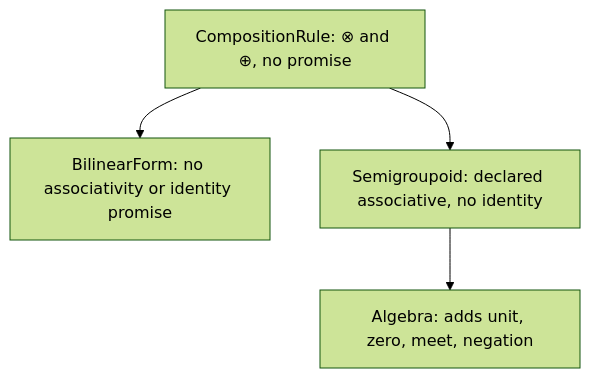
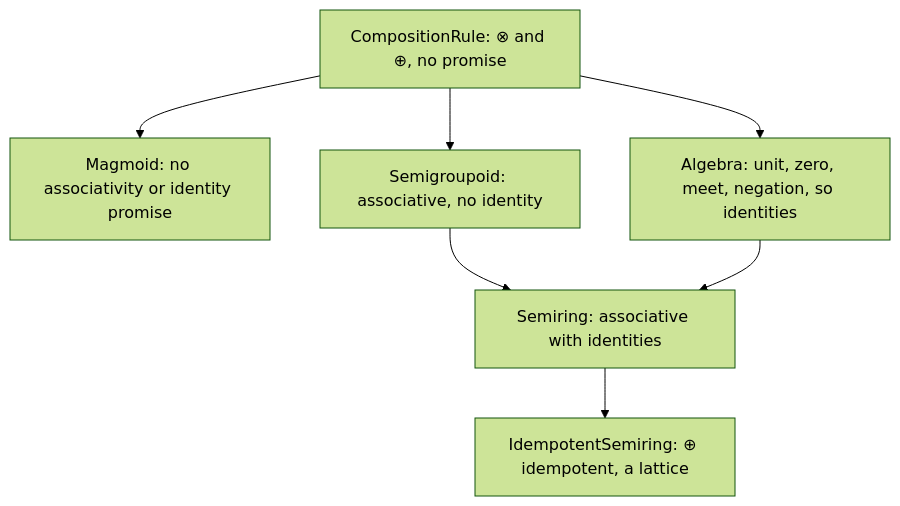
One commit to quivers-dev/quivers changed the diagram in docs/guides/transformations.md. Above: the diagram before and after it, drawn with Mermaid (forest theme). The commit also changed other lines of this file and 4 other files, not shown here.

Commit message:
docs(guides): use the carrier map, Magmoid, semiring, and index map names of the merged code

````diff
--- a/docs/guides/transformations.md
+++ b/docs/guides/transformations.md
@@ -133,10 +132,15 @@
 ```mermaid
 flowchart TD
     CR["CompositionRule: ⊗ and ⊕, no promise"]
-    BF["BilinearForm: no associativity or identity promise"]
-    SG["Semigroupoid: declared associative, no identity"]
-    AL["Algebra: adds unit, zero, meet, negation"]
-    CR --> BF
+    MG["Magmoid: no associativity or identity promise"]
+    SG["Semigroupoid: associative, no identity"]
+    AL["Algebra: unit, zero, meet, negation, so identities"]
+    SR["Semiring: associative with identities"]
+    IS["IdempotentSemiring: ⊕ idempotent, a lattice"]
+    CR --> MG
     CR --> SG
-    SG --> AL
+    CR --> AL
+    SG --> SR
+    AL --> SR
+    SR --> IS
 ```
````
